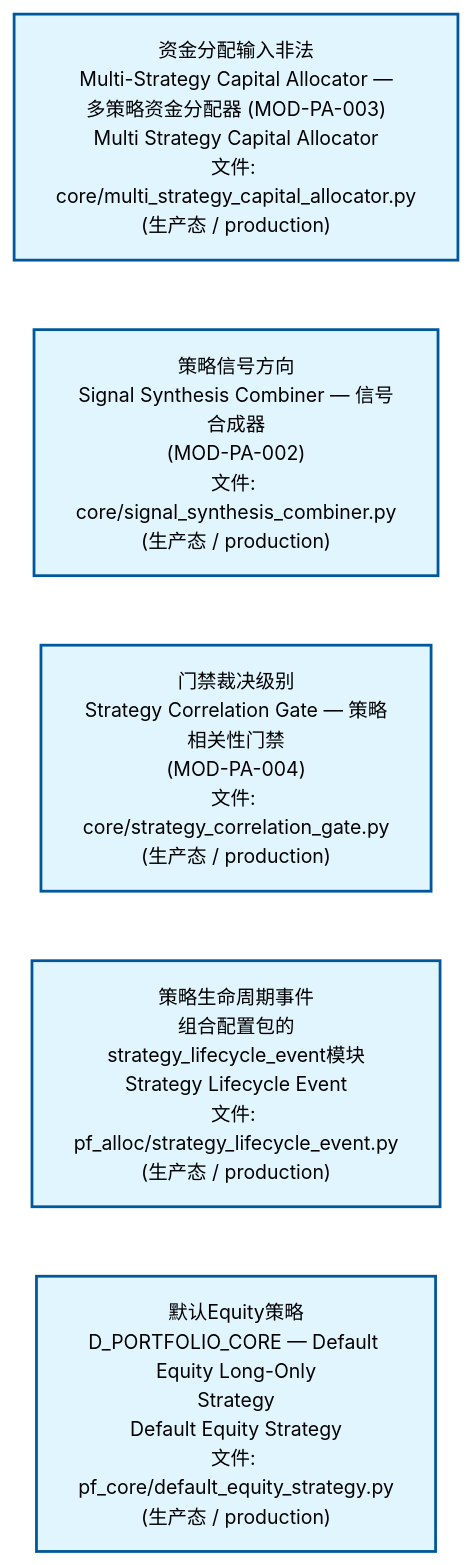
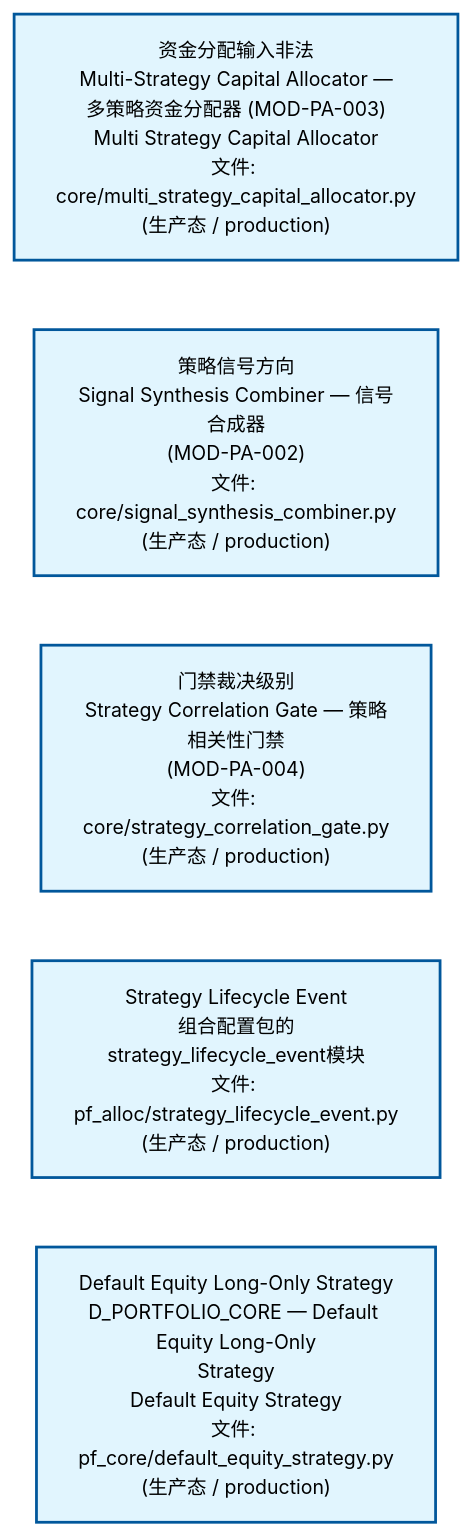
One commit to xuanFelixVan/ZephyrAlpha changed the second of 4 diagrams in docs/02_enterprise_architecture/02_domain_architecture_docs/62_d_pf_alloc.md. Above: the diagram before and after it, drawn with Mermaid. The commit also changed other lines of this file and 51 other files, not shown here.

````diff
--- a/docs/02_enterprise_architecture/02_domain_architecture_docs/62_d_pf_alloc.md
+++ b/docs/02_enterprise_architecture/02_domain_architecture_docs/62_d_pf_alloc.md
@@ -96,18 +96,18 @@
 ```mermaid
 %%{init: {'theme': 'base', 'themeVariables': {'primaryColor': '#eaeaea', 'primaryTextColor': '#333333', 'primaryBorderColor': '#666666', 'lineColor': '#666666', 'secondaryColor': '#eaeaea', 'tertiaryColor': '#eaeaea', 'fontSize': '14px'}}}%%
 flowchart TD
     src_zephyr_pf_alloc_core_multi_strategy_capital_allocator_py["资金分配输入非法<br/>Multi-Strategy Capital Allocator —<br/>多策略资金分配器 (MOD-PA-003)<br/>Multi Strategy Capital Allocator<br/>文件: core/multi_strategy_capital_allocator.py<br/>(生产态 / production)"]
     src_zephyr_pf_alloc_core_signal_synthesis_combiner_py["策略信号方向<br/>Signal Synthesis Combiner — 信号合成器<br/>(MOD-PA-002)<br/>文件: core/signal_synthesis_combiner.py<br/>(生产态 / production)"]
     src_zephyr_pf_alloc_core_strategy_correlation_gate_py["门禁裁决级别<br/>Strategy Correlation Gate — 策略相关性门禁<br/>(MOD-PA-004)<br/>文件: core/strategy_correlation_gate.py<br/>(生产态 / production)"]
-    src_zephyr_pf_alloc_strategy_lifecycle_event_py["策略生命周期事件<br/>组合配置包的strategy_lifecycle_event模块<br/>Strategy Lifecycle Event<br/>文件: pf_alloc/strategy_lifecycle_event.py<br/>(生产态 / production)"]
-    src_zephyr_pf_core_default_equity_strategy_py["默认Equity策略<br/>D_PORTFOLIO_CORE — Default Equity Long-Only<br/>Strategy<br/>Default Equity Strategy<br/>文件: pf_core/default_equity_strategy.py<br/>(生产态 / production)"]
+    src_zephyr_pf_alloc_strategy_lifecycle_event_py["Strategy Lifecycle Event<br/>组合配置包的strategy_lifecycle_event模块<br/>文件: pf_alloc/strategy_lifecycle_event.py<br/>(生产态 / production)"]
+    src_zephyr_pf_core_default_equity_strategy_py["Default Equity Long-Only Strategy<br/>D_PORTFOLIO_CORE — Default Equity Long-Only<br/>Strategy<br/>Default Equity Strategy<br/>文件: pf_core/default_equity_strategy.py<br/>(生产态 / production)"]
     src_zephyr_pf_alloc_core_multi_strategy_capital_allocator_py ~~~ src_zephyr_pf_alloc_core_signal_synthesis_combiner_py
     src_zephyr_pf_alloc_core_signal_synthesis_combiner_py ~~~ src_zephyr_pf_alloc_core_strategy_correlation_gate_py
     src_zephyr_pf_alloc_core_strategy_correlation_gate_py ~~~ src_zephyr_pf_alloc_strategy_lifecycle_event_py
     src_zephyr_pf_alloc_strategy_lifecycle_event_py ~~~ src_zephyr_pf_core_default_equity_strategy_py
     classDef production fill:#e1f5fe,stroke:#01579b,stroke-width:2px,color:#000
     classDef design fill:#fff3e0,stroke:#e65100,stroke-width:2px,color:#000,stroke-dasharray: 5 5
     classDef external_prod fill:#e8f4fd,stroke:#0277bd,stroke-width:1px,color:#000
     classDef external_design fill:#fff8e7,stroke:#ef6c00,stroke-width:1px,color:#000,stroke-dasharray: 5 5
     class src_zephyr_pf_alloc_core_multi_strategy_capital_allocator_py,src_zephyr_pf_alloc_core_signal_synthesis_combiner_py,src_zephyr_pf_alloc_core_strategy_correlation_gate_py,src_zephyr_pf_alloc_strategy_lifecycle_event_py,src_zephyr_pf_core_default_equity_strategy_py production
 ```
````
